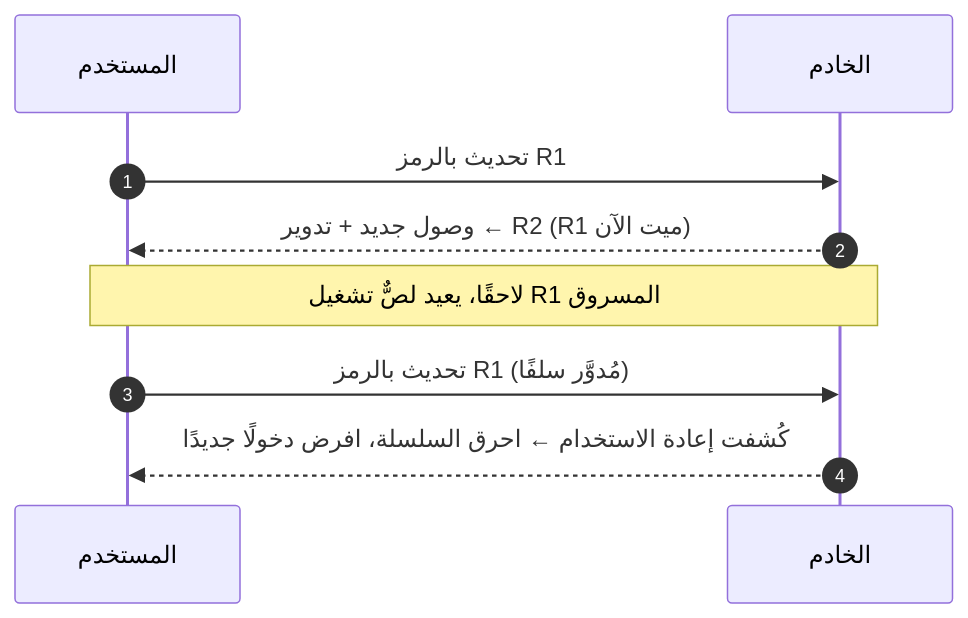
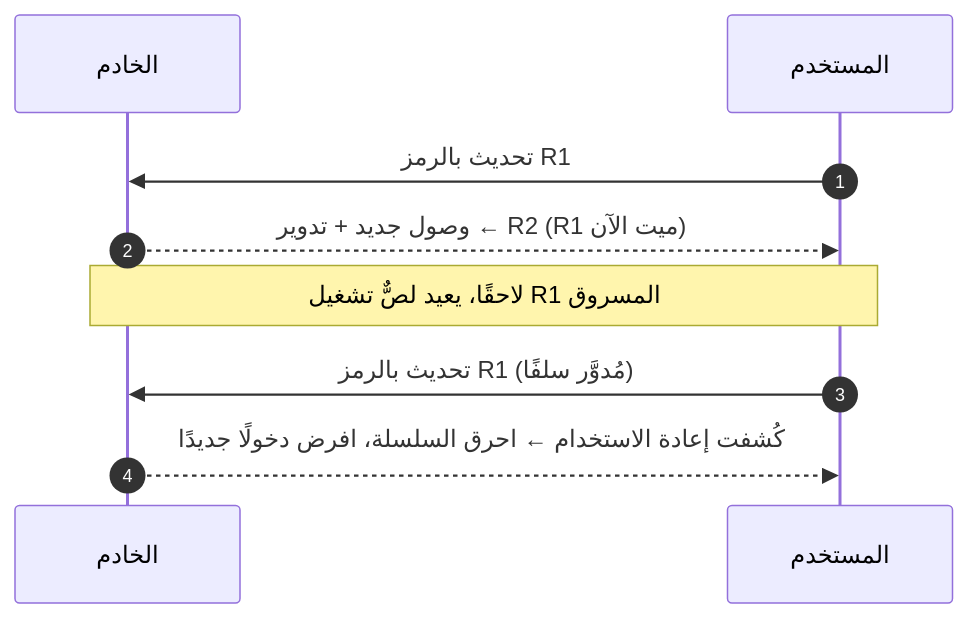
One commit to Tamoura/system-design-for-vibe-coders changed the third of 7 diagrams in modules/05-users-abuse/module.ar.md. Above: the diagram before and after it, drawn with Mermaid. The commit also changed other lines of this file and 31 other files, not shown here.

First line of the commit message:
Arabic editions: diagrams flow right to left

````diff
--- a/modules/05-users-abuse/module.ar.md
+++ b/modules/05-users-abuse/module.ar.md
@@ -380,11 +380,11 @@
 ```mermaid
 sequenceDiagram
     autonumber
+    participant S as الخادم
     participant U as المستخدم
-    participant S as الخادم
     U->>S: تحديث بالرمز R1
     S-->>U: وصول جديد + تدوير ← R2 (R1 ميت الآن)
     Note over U,S: لاحقًا، يعيد لصٌّ تشغيل R1 المسروق
     U->>S: تحديث بالرمز R1 (مُدوَّر سلفًا)
     S-->>U: كُشفت إعادة الاستخدام ← احرق السلسلة، افرض دخولًا جديدًا
 ```
````
